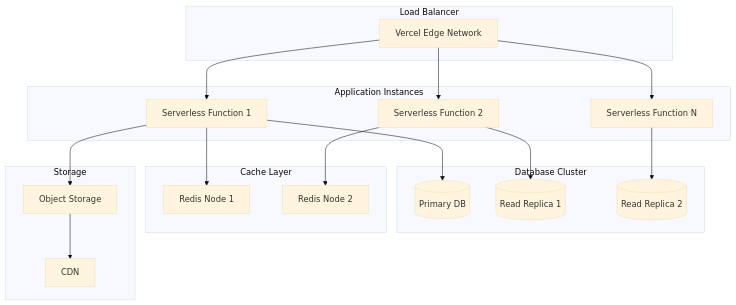
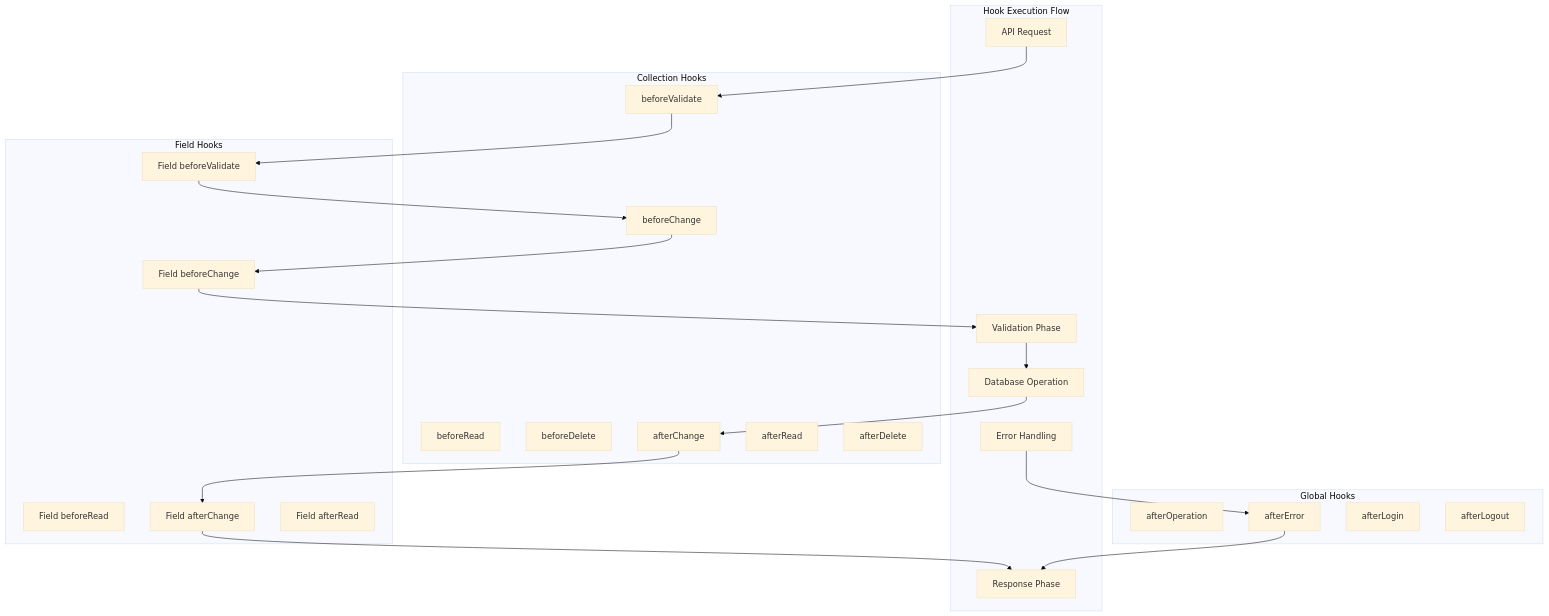
Before and after one commit to surya-madhav/portfolio-blog-2025: diagram 13 of 14 in docs/backend-database-architecture.md, drawn with Mermaid (base theme). The commit also changed other lines of this file and 33 other files, not shown here.

````diff
--- a/docs/backend-database-architecture.md
+++ b/docs/backend-database-architecture.md
@@ -760,42 +1228,49 @@
 ```mermaid
-graph TB
-    subgraph "Load Balancer"
-        LB[Vercel Edge Network]
+graph TD
+    subgraph "Collection Hooks"
+        BC[beforeChange]
+        BV[beforeValidate]
+        BR[beforeRead]
+        BD[beforeDelete]
+        AC[afterChange]
+        AR[afterRead]
+        AD[afterDelete]
     end
     
-    subgraph "Application Instances"
-        App1[Serverless Function 1]
-        App2[Serverless Function 2]
-        AppN[Serverless Function N]
+    subgraph "Field Hooks"
+        FBC[Field beforeChange]
+        FBV[Field beforeValidate]
+        FBR[Field beforeRead]
+        FAC[Field afterChange]
+        FAR[Field afterRead]
     end
     
-    subgraph "Database Cluster"
-        Primary[(Primary DB)]
-        Read1[(Read Replica 1)]
-        Read2[(Read Replica 2)]
+    subgraph "Global Hooks"
+        AO[afterOperation]
+        AE[afterError]
+        AL[afterLogin]
+        ALO[afterLogout]
     end
     
-    subgraph "Cache Layer"
-        Redis1[Redis Node 1]
-        Redis2[Redis Node 2]
+    subgraph "Hook Execution Flow"
+        Request[API Request]
+        Validation[Validation Phase]
+        Operation[Database Operation]
+        Response[Response Phase]
+        Error[Error Handling]
     end
     
-    subgraph "Storage"
-        S3[Object Storage]
-        CDN[CDN]
-    end
+    Request --> BV
+    BV --> FBV
+    FBV --> BC
+    BC --> FBC
+    FBC --> Validation
     
-    LB --> App1
-    LB --> App2
-    LB --> AppN
+    Validation --> Operation
+    Operation --> AC
+    AC --> FAC
+    FAC --> Response
     
-    App1 --> Primary
-    App2 --> Read1
-    AppN --> Read2
-    
-    App1 --> Redis1
-    App2 --> Redis2
-    
-    App1 --> S3
-    S3 --> CDN
+    Error --> AE
+    AE --> Response
 ```
````
